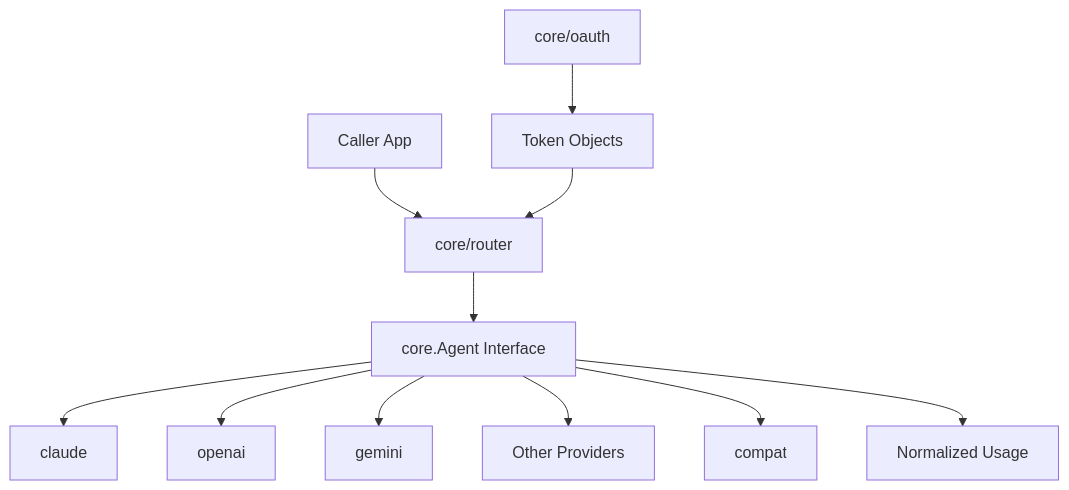
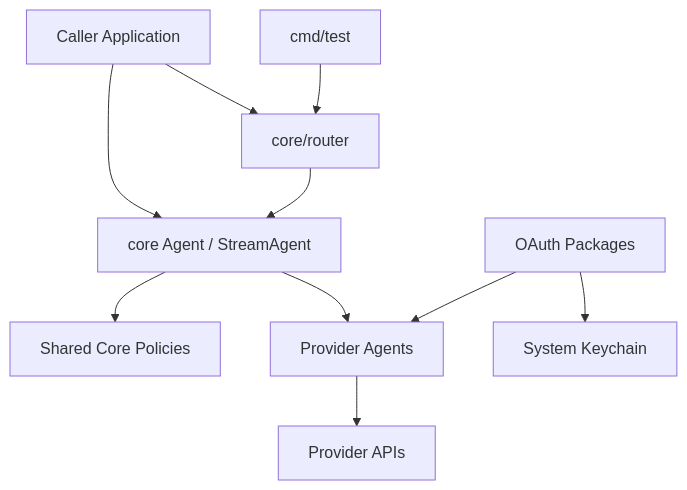
The first of 10 diagrams in doc/architecture.md (pardnchiu/go-llm-router), drawn with Mermaid before and after one commit. The commit also changed other lines of this file and 3 other files, not shown here.

Commit message:
doc: Expand API and architecture documentation

````diff
--- a/doc/architecture.md
+++ b/doc/architecture.md
@@ -7,13 +9,22 @@
 ```mermaid
 graph TB
-    App[Caller App] --> Router[core/router]
-    Router --> Agent[core.Agent Interface]
-    Agent --> Claude[claude]
-    Agent --> OpenAI[openai]
-    Agent --> Gemini[gemini]
-    Agent --> Others[Other Providers]
-    Agent --> Compat[compat]
-    OAuth[core/oauth] --> Token[Token Objects]
-    Token --> Router
-    Agent --> Usage[Normalized Usage]
+    App[Caller Application]
+    Server[cmd/test]
+    Router[core/router]
+    Contract[core Agent / StreamAgent]
+    Shared[Shared Core Policies]
+    Providers[Provider Agents]
+    APIs[Provider APIs]
+    OAuth[OAuth Packages]
+    Keychain[System Keychain]
+
+    App --> Router
+    App --> Contract
+    Server --> Router
+    Router --> Contract
+    Contract --> Shared
+    Contract --> Providers
+    Providers --> APIs
+    OAuth --> Keychain
+    OAuth --> Providers
 ```
````
